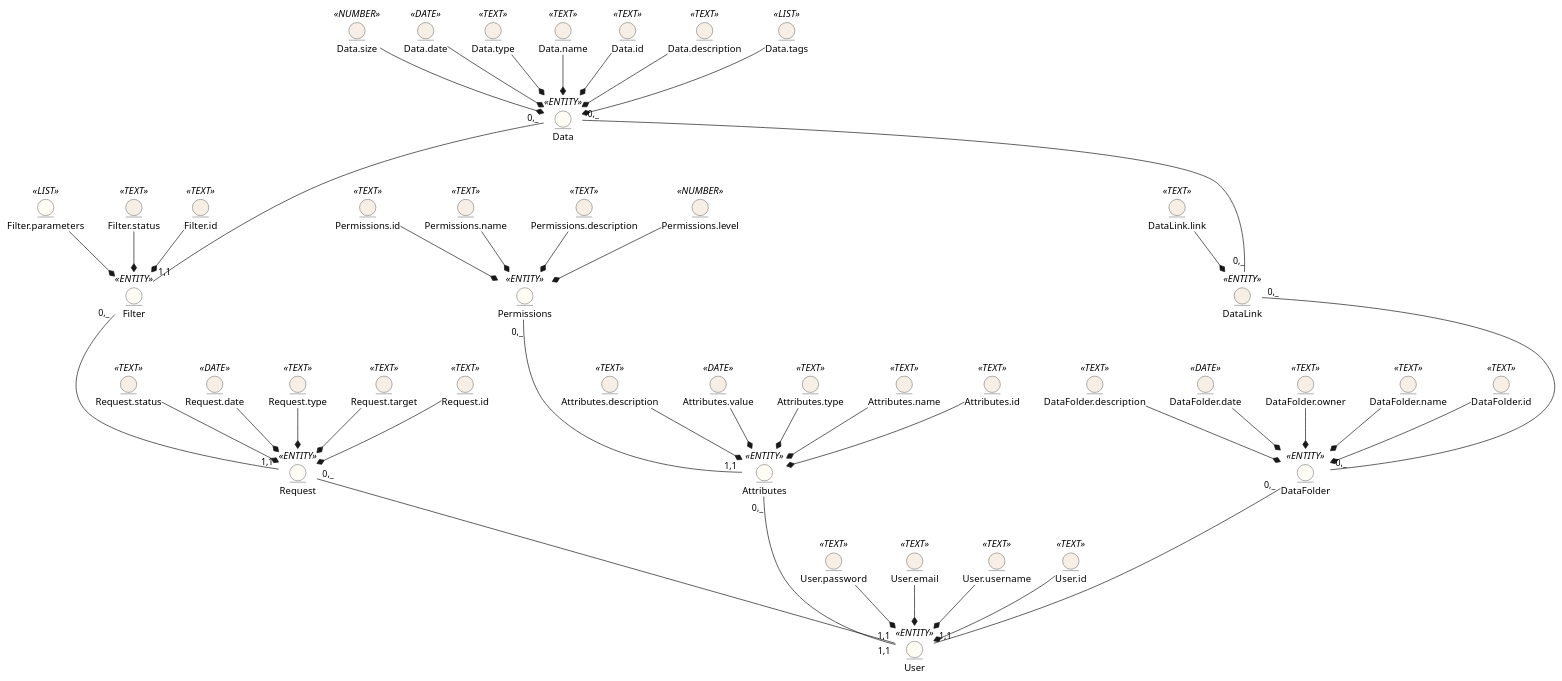
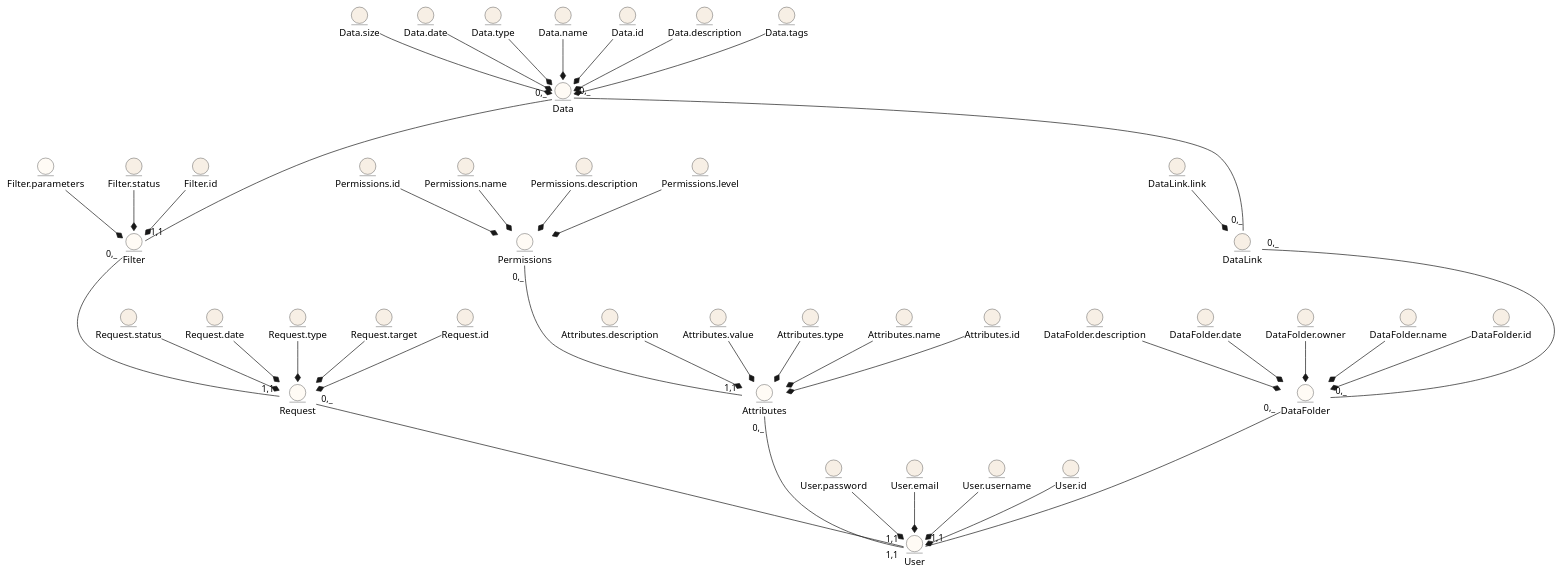
Before and after one commit to edu-db/edu_db_labs: the diagram in docs/design/README.md, drawn with PlantUML.

Commit message:
refactor: rid of types description

```diff
--- a/docs/design/README.md
+++ b/docs/design/README.md
@@ -9,58 +9,58 @@
 @startuml
 
 
-entity User <<ENTITY>> #FFFBF5
-entity User.password <<TEXT>> #F7EFE5
-entity User.email<<TEXT>> #F7EFE5
-entity User.username<<TEXT>> #F7EFE5
-entity User.id<<TEXT>> #F7EFE5
+entity User  #FFFBF5
+entity User.password  #F7EFE5
+entity User.email #F7EFE5
+entity User.username #F7EFE5
+entity User.id #F7EFE5
 
 
-entity Attributes <<ENTITY>> #FFFBF5
-entity Attributes.description <<TEXT>> #F7EFE5
-entity Attributes.value<<DATE>> #F7EFE5
-entity Attributes.type<<TEXT>> #F7EFE5
-entity Attributes.name<<TEXT>> #F7EFE5
-entity Attributes.id<<TEXT>> #F7EFE5
+entity Attributes  #FFFBF5
+entity Attributes.description  #F7EFE5
+entity Attributes.value #F7EFE5
+entity Attributes.type #F7EFE5
+entity Attributes.name #F7EFE5
+entity Attributes.id #F7EFE5
 
-entity DataFolder <<ENTITY>> #FFFBF5
-entity DataFolder.description <<TEXT>> #F7EFE5
-entity DataFolder.date<<DATE>> #F7EFE5
-entity DataFolder.owner<<TEXT>> #F7EFE5
-entity DataFolder.name<<TEXT>> #F7EFE5
-entity DataFolder.id<<TEXT>> #F7EFE5
+entity DataFolder  #FFFBF5
+entity DataFolder.description  #F7EFE5
+entity DataFolder.date #F7EFE5
+entity DataFolder.owner #F7EFE5
+entity DataFolder.name #F7EFE5
+entity DataFolder.id #F7EFE5
 
 
-entity Permissions <<ENTITY>> #FFFBF5
-entity Permissions.id <<TEXT>> #F7EFE5
-entity Permissions.name<<TEXT>> #F7EFE5
-entity Permissions.description<<TEXT>> #F7EFE5
-entity Permissions.level<<NUMBER>> #F7EFE5
+entity Permissions  #FFFBF5
+entity Permissions.id  #F7EFE5
+entity Permissions.name #F7EFE5
+entity Permissions.description #F7EFE5
+entity Permissions.level #F7EFE5
 
-entity Filter <<ENTITY>> #FFFBF5
-entity Filter.parameters <<LIST>> #FFFBF5
-entity Filter.status <<TEXT>> #F7EFE5
-entity Filter.id <<TEXT>> #F7EFE5
+entity Filter  #FFFBF5
+entity Filter.parameters  #FFFBF5
+entity Filter.status  #F7EFE5
+entity Filter.id  #F7EFE5
 
-entity Request <<ENTITY>> #FFFBF5
-entity Request.status <<TEXT>> #F7EFE5
-entity Request.date <<DATE>> #F7EFE5
-entity Request.type<<TEXT>> #F7EFE5
-entity Request.target<<TEXT>> #F7EFE5
-entity Request.id<<TEXT>> #F7EFE5
+entity Request  #FFFBF5
+entity Request.status  #F7EFE5
+entity Request.date  #F7EFE5
+entity Request.type #F7EFE5
+entity Request.target #F7EFE5
+entity Request.id #F7EFE5
 
-entity Data <<ENTITY>> #FFFBF5
-entity Data.size <<NUMBER>> #F7EFE5
-entity Data.date <<DATE>> #F7EFE5
-entity Data.type<<TEXT>> #F7EFE5
-entity Data.name<<TEXT>> #F7EFE5
-entity Data.id<<TEXT>> #F7EFE5
-entity Data.description<<TEXT>> #F7EFE5
-entity Data.tags<<LIST>> #F7EFE5
+entity Data  #FFFBF5
+entity Data.size  #F7EFE5
+entity Data.date  #F7EFE5
+entity Data.type #F7EFE5
+entity Data.name #F7EFE5
+entity Data.id #F7EFE5
+entity Data.description #F7EFE5
+entity Data.tags #F7EFE5
 
 
-entity DataLink <<ENTITY>> #F7EFE5
-entity DataLink.link <<TEXT>> #F7EFE5
+entity DataLink  #F7EFE5
+entity DataLink.link  #F7EFE5
 
 User "1,1" --u- "0,_" Attributes
 User "1,1" --u- "0,_" Request
```
